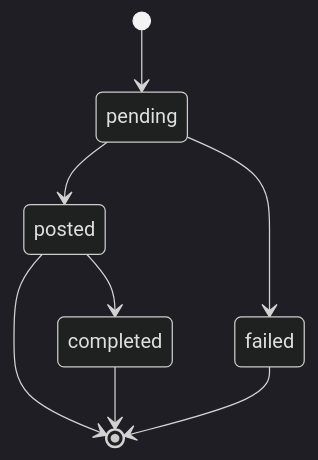
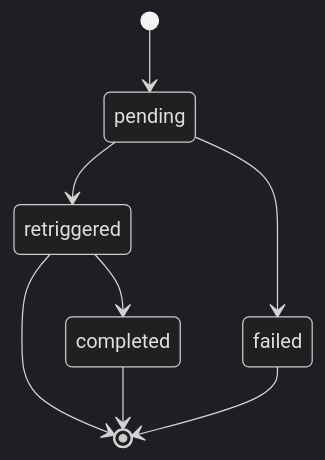
One commit to couimet/rabbit-maximizer changed the diagram in docs/queue-status.md. Above: the diagram before and after it, drawn with Mermaid (dark theme). The commit also changed other lines of this file and 33 other files, not shown here.

First line of the commit message:
[issues/78] Rename `posted` to `retriggered` across the codebase (#86)

````diff
--- a/docs/queue-status.md
+++ b/docs/queue-status.md
@@ -5,10 +5,10 @@
 ```mermaid
 stateDiagram-v2
     [*] --> pending
-    pending --> posted
+    pending --> retriggered
     pending --> failed
-    posted --> completed
-    posted --> [*]
+    retriggered --> completed
+    retriggered --> [*]
     completed --> [*]
     failed --> [*]
 ```
````
